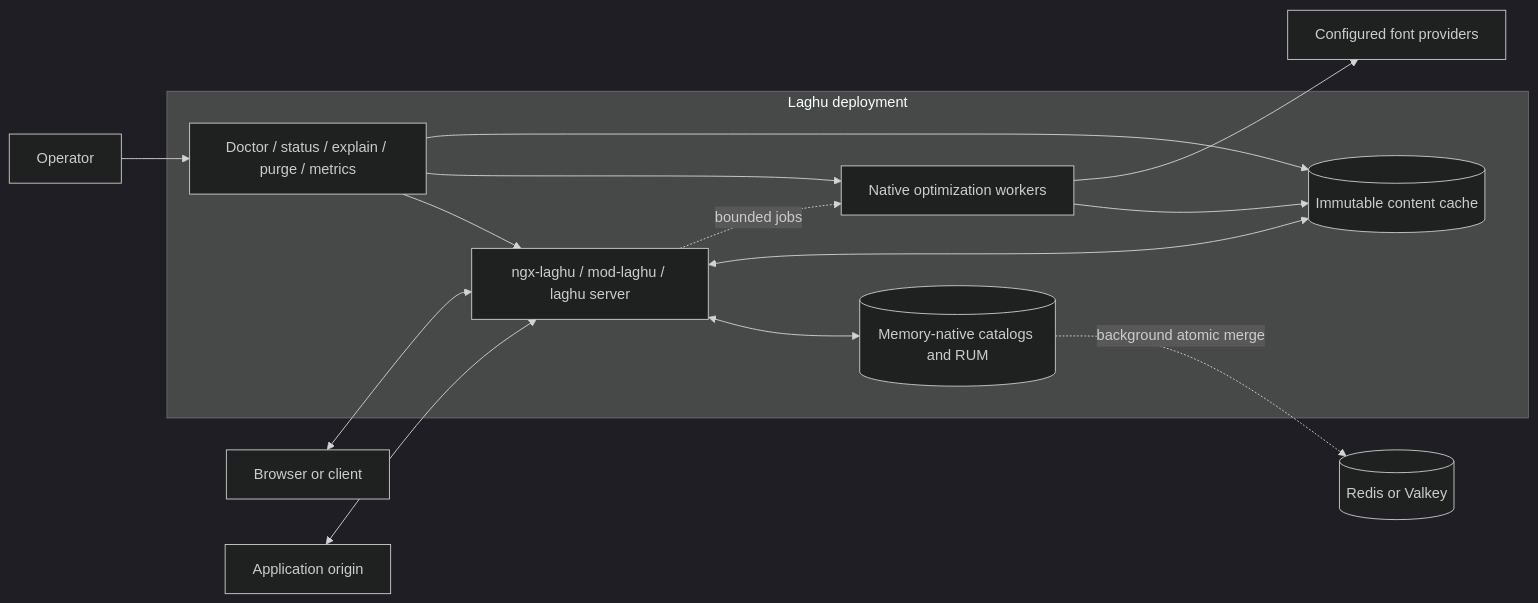
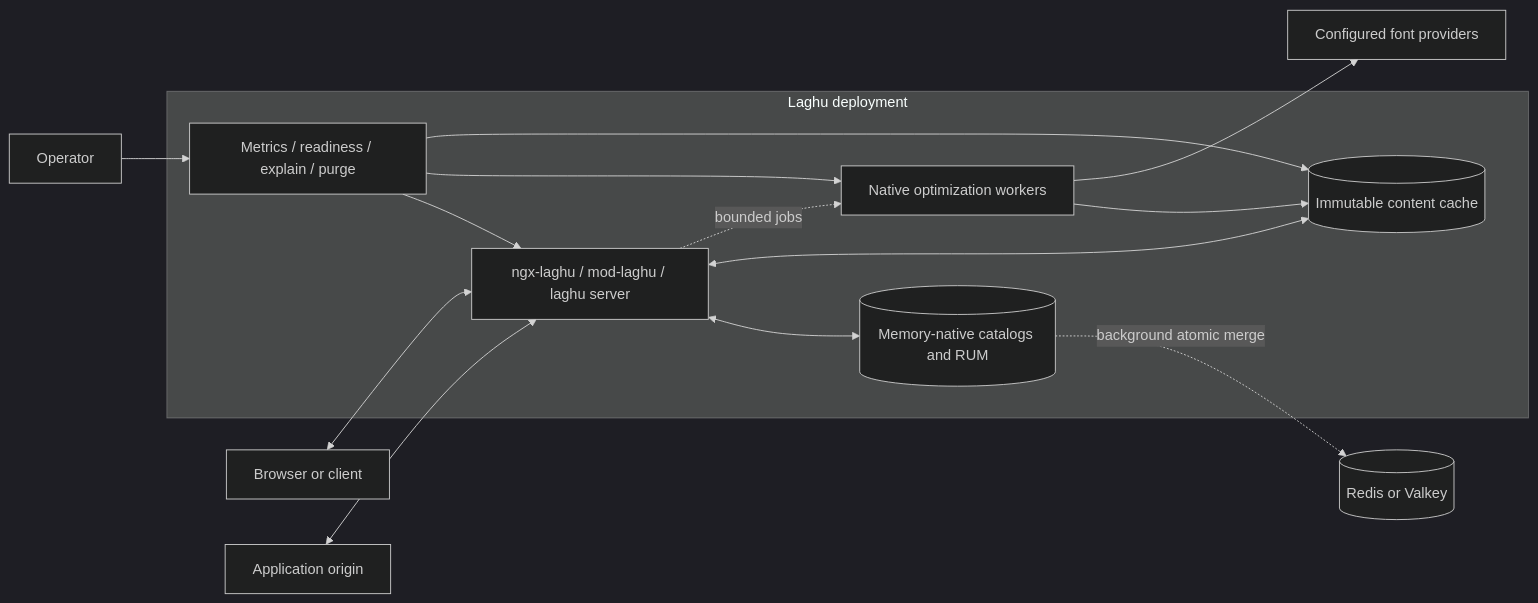
The first of 3 diagrams in docs/pages/02-architecture.md (Code-Vedas/laghu), drawn with Mermaid (dark theme) before and after one commit. The commit also changed other lines of this file and 25 other files, not shown here.

````diff
--- a/docs/pages/02-architecture.md
+++ b/docs/pages/02-architecture.md
@@ -16,29 +16,29 @@
 ```mermaid
 flowchart LR
   user[Browser or client]
   operator[Operator]
   origin[Application origin]
   providers[Configured font providers]
   fleet[(Redis or Valkey)]
 
   subgraph laghu[Laghu deployment]
     entry[ngx-laghu / mod-laghu / laghu server]
     memory[(Memory-native catalogs and RUM)]
     cache[(Immutable content cache)]
     workers[Native optimization workers]
-    ops[Doctor / status / explain / purge / metrics]
+    ops[Metrics / readiness / explain / purge]
   end
 
   user <--> entry
   origin <--> entry
   entry <--> memory
   entry <--> cache
   entry -. bounded jobs .-> workers
   workers --> cache
   workers --> providers
   memory -. background atomic merge .-> fleet
   operator --> ops
   ops --> entry
   ops --> workers
   ops --> cache
 ```
````
